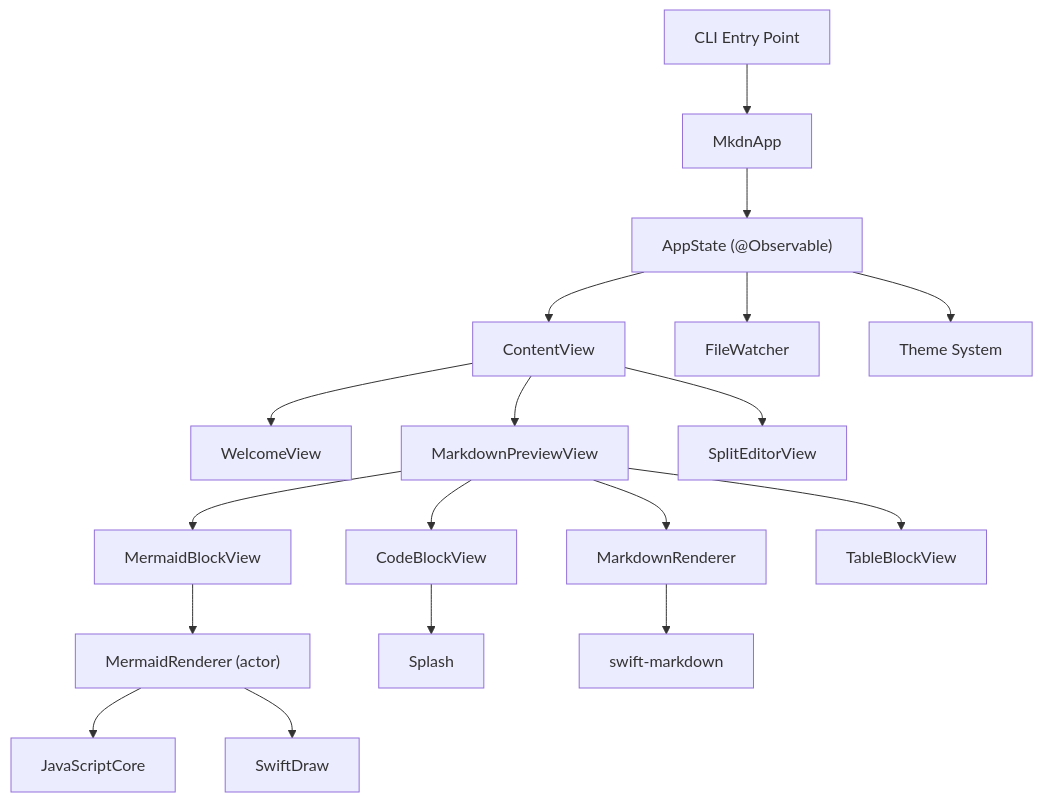
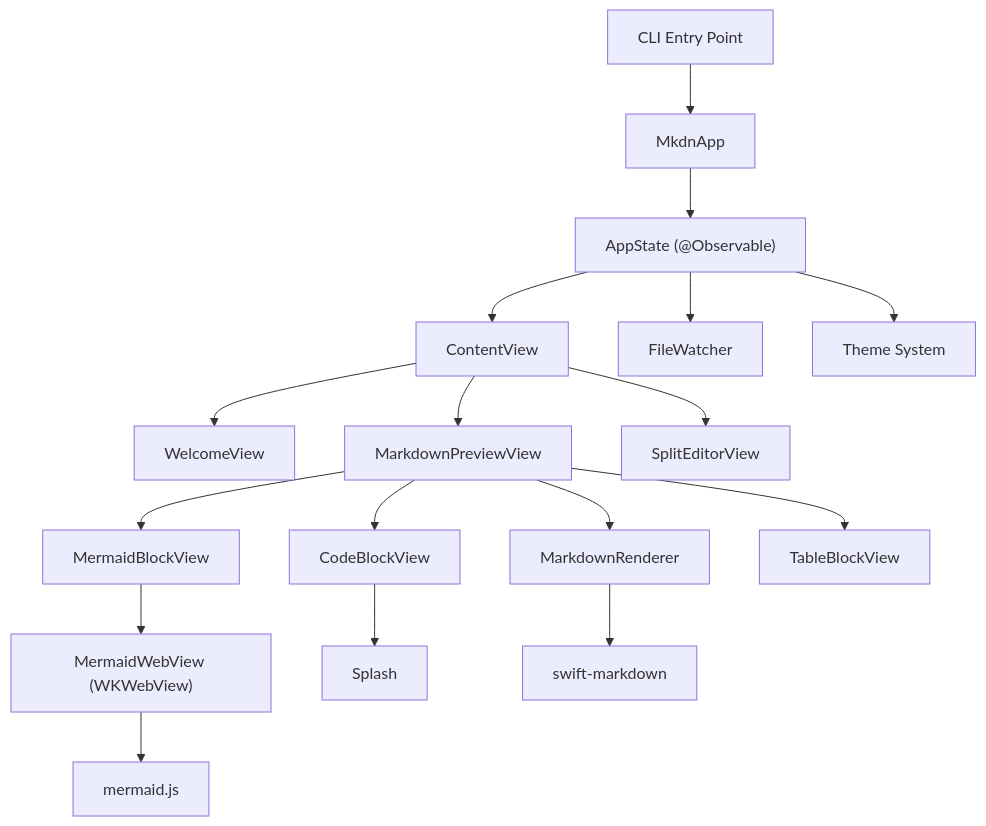
One commit to Jud/mkdn changed the first of 2 diagrams in README.md. Above: the diagram before and after it, drawn with Mermaid. The commit also changed other lines of this file and 1 other file, not shown here.

First line of the commit message:
docs: update README and KB to reflect WKWebView Mermaid architecture

````diff
--- a/README.md
+++ b/README.md
@@ -110,20 +107,19 @@
 ```mermaid
 flowchart TD
     CLI["CLI Entry Point"] --> App["MkdnApp"]
     App --> State["AppState (@Observable)"]
     State --> CV["ContentView"]
     CV --> WV["WelcomeView"]
     CV --> PV["MarkdownPreviewView"]
     CV --> SV["SplitEditorView"]
     State --> FW["FileWatcher"]
     State --> TH["Theme System"]
     PV --> MR["MarkdownRenderer"]
     PV --> MB["MermaidBlockView"]
     PV --> CB["CodeBlockView"]
     PV --> TB["TableBlockView"]
-    MB --> ME["MermaidRenderer (actor)"]
-    ME --> JSC["JavaScriptCore"]
-    ME --> SD["SwiftDraw"]
+    MB --> MW["MermaidWebView (WKWebView)"]
+    MW --> MJS["mermaid.js"]
     CB --> SP["Splash"]
     MR --> SM["swift-markdown"]
 ```
````
